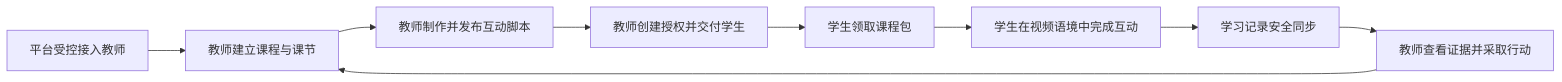
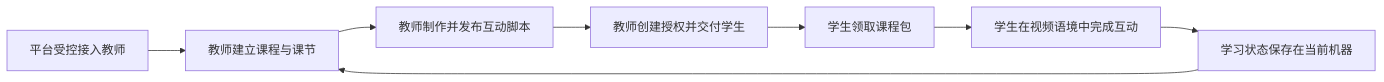
The diagram in doc/requirements/v1/03-user-scenarios.md (xiaobaiworld/lessonpilot), drawn with Mermaid before and after one commit. The commit also changed other lines of this file and 8 other files, not shown here.

````diff
--- a/doc/requirements/v1/03-user-scenarios.md
+++ b/doc/requirements/v1/03-user-scenarios.md
@@ -24,11 +24,10 @@
 ```mermaid
 flowchart LR
   A["平台受控接入教师"] --> B["教师建立课程与课节"]
   B --> C["教师制作并发布互动脚本"]
   C --> D["教师创建授权并交付学生"]
   D --> E["学生领取课程包"]
   E --> F["学生在视频语境中完成互动"]
-  F --> G["学习记录安全同步"]
-  G --> H["教师查看证据并采取行动"]
-  H --> B
+  F --> G["学习状态保存在当前机器"]
+  G --> B
 ```
````
